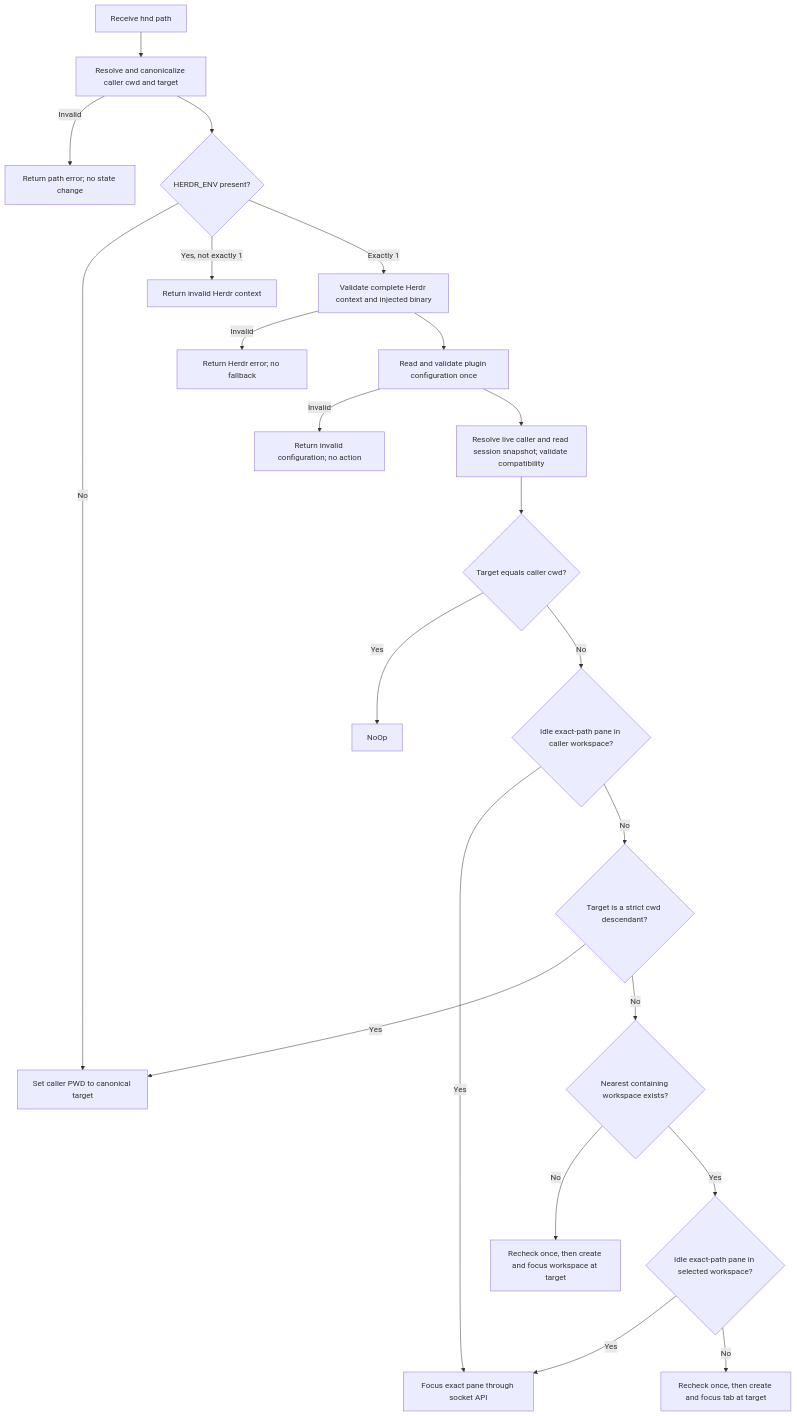
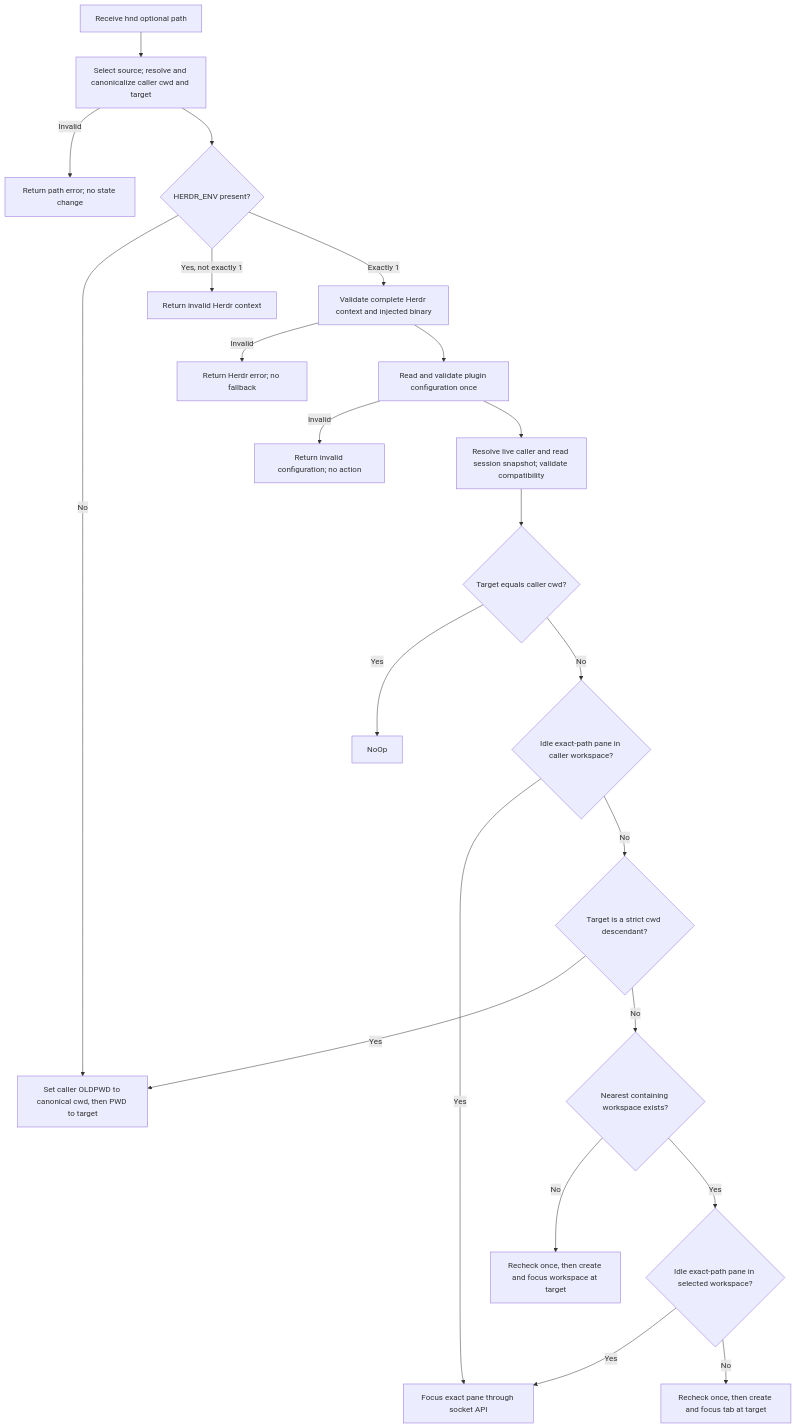
The diagram in docs/system-design.md (chuang861012/nu_herdr_navigate_directory), drawn with Mermaid before and after one commit. The commit also changed other lines of this file and 7 other files, not shown here.

````diff
--- a/docs/system-design.md
+++ b/docs/system-design.md
@@ -397,24 +428,24 @@
 ```mermaid
 flowchart TD
-    A[Receive hnd path] --> B[Resolve and canonicalize caller cwd and target]
+    A[Receive hnd optional path] --> B[Select source; resolve and canonicalize caller cwd and target]
     B -->|Invalid| E1[Return path error; no state change]
     B --> C{HERDR_ENV present?}
-    C -->|No| D[Set caller PWD to canonical target]
+    C -->|No| D[Set caller OLDPWD to canonical cwd, then PWD to target]
     C -->|Yes, not exactly 1| E2[Return invalid Herdr context]
     C -->|Exactly 1| F[Validate complete Herdr context and injected binary]
     F -->|Invalid| E3[Return Herdr error; no fallback]
     F --> Q[Read and validate plugin configuration once]
     Q -->|Invalid| E4[Return invalid configuration; no action]
     Q --> G[Resolve live caller and read session snapshot; validate compatibility]
     G --> H{Target equals caller cwd?}
     H -->|Yes| N[NoOp]
     H -->|No| I{Idle exact-path pane in caller workspace?}
     I -->|Yes| J[Focus exact pane through socket API]
     I -->|No| K{Target is a strict cwd descendant?}
     K -->|Yes| D
     K -->|No| L{Nearest containing workspace exists?}
     L -->|No| M[Recheck once, then create and focus workspace at target]
     L -->|Yes| O{Idle exact-path pane in selected workspace?}
     O -->|Yes| J
     O -->|No| P[Recheck once, then create and focus tab at target]
 ```
````
